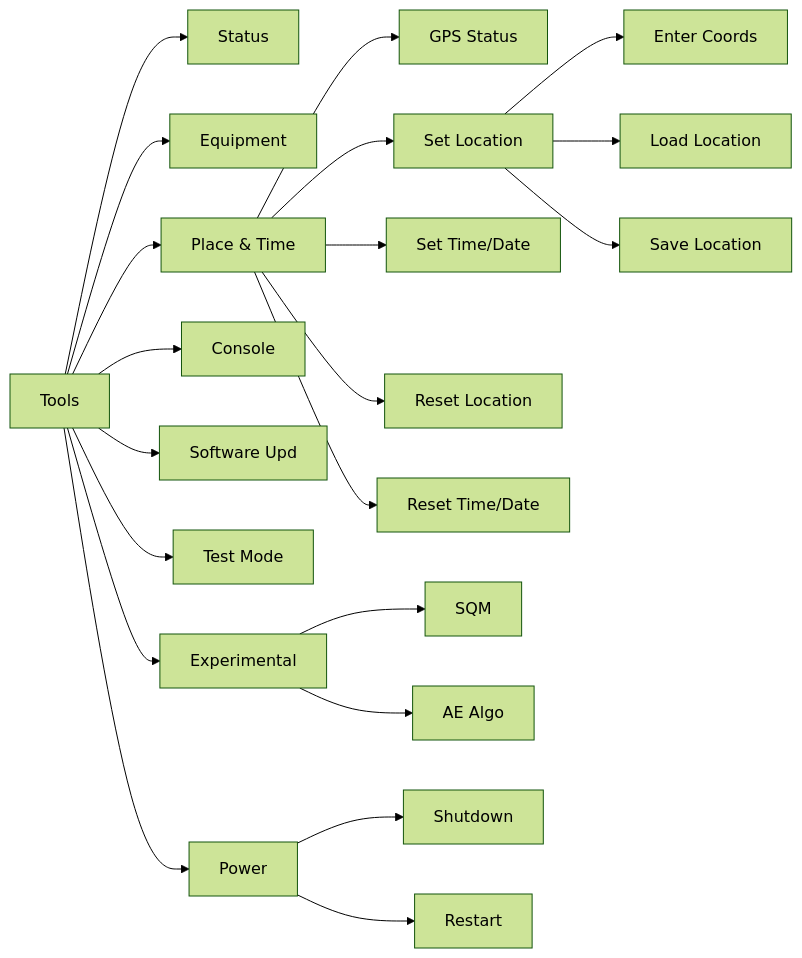
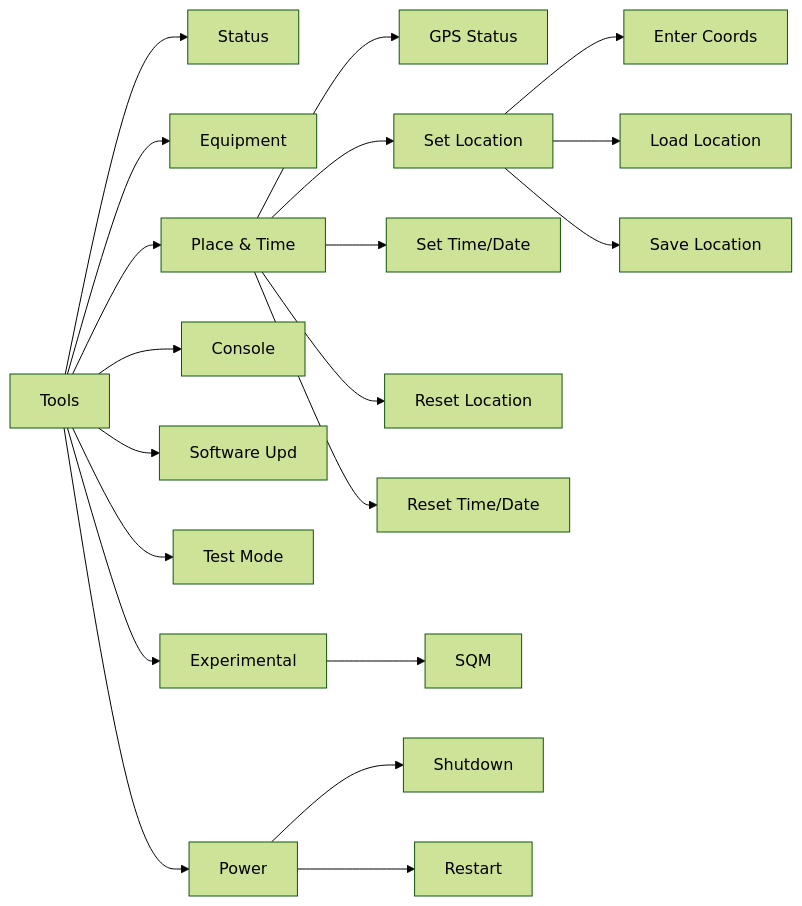
Before and after one commit to brickbots/PiFinder: the sixth of 6 diagrams in docs/source/menu_map.rst, drawn with Mermaid (forest theme). The commit also changed other lines of this file and 18 other files, not shown here.

```diff
--- a/docs/source/menu_map.rst
+++ b/docs/source/menu_map.rst
@@ -278,23 +280,22 @@
 .. mermaid::
 
    flowchart LR
        Tools --> Status
        Tools --> Equipment
        Tools --> PnT["Place & Time"]
        Tools --> Console
        Tools --> SU["Software Upd"]
        Tools --> TM["Test Mode"]
        Tools --> Exp["Experimental"]
        Tools --> Power
        PnT --> G2["GPS Status"]
        PnT --> SL["Set Location"]
        PnT --> STD["Set Time/Date"]
        PnT --> RL["Reset Location"]
        PnT --> RTD["Reset Time/Date"]
        SL --> EC["Enter Coords"]
        SL --> LL["Load Location"]
        SL --> SV["Save Location"]
        Exp --> SQM
-       Exp --> AE["AE Algo"]
        Power --> Shutdown
        Power --> Restart
```
